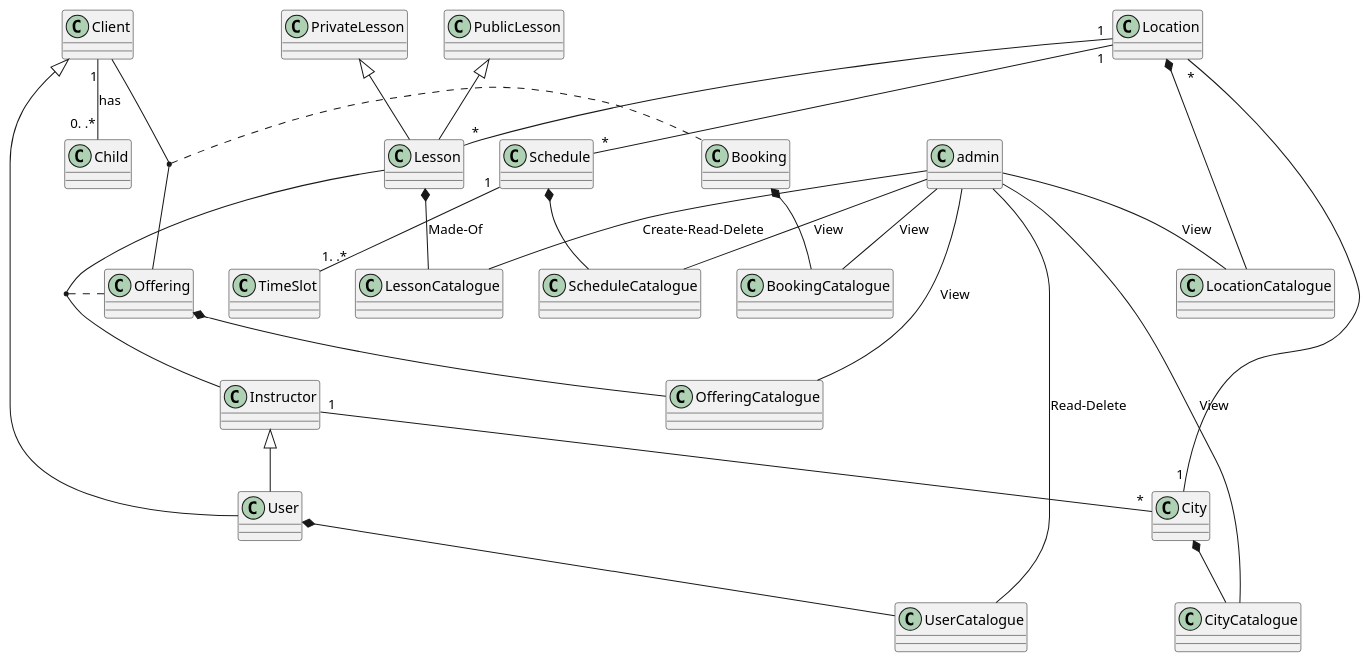
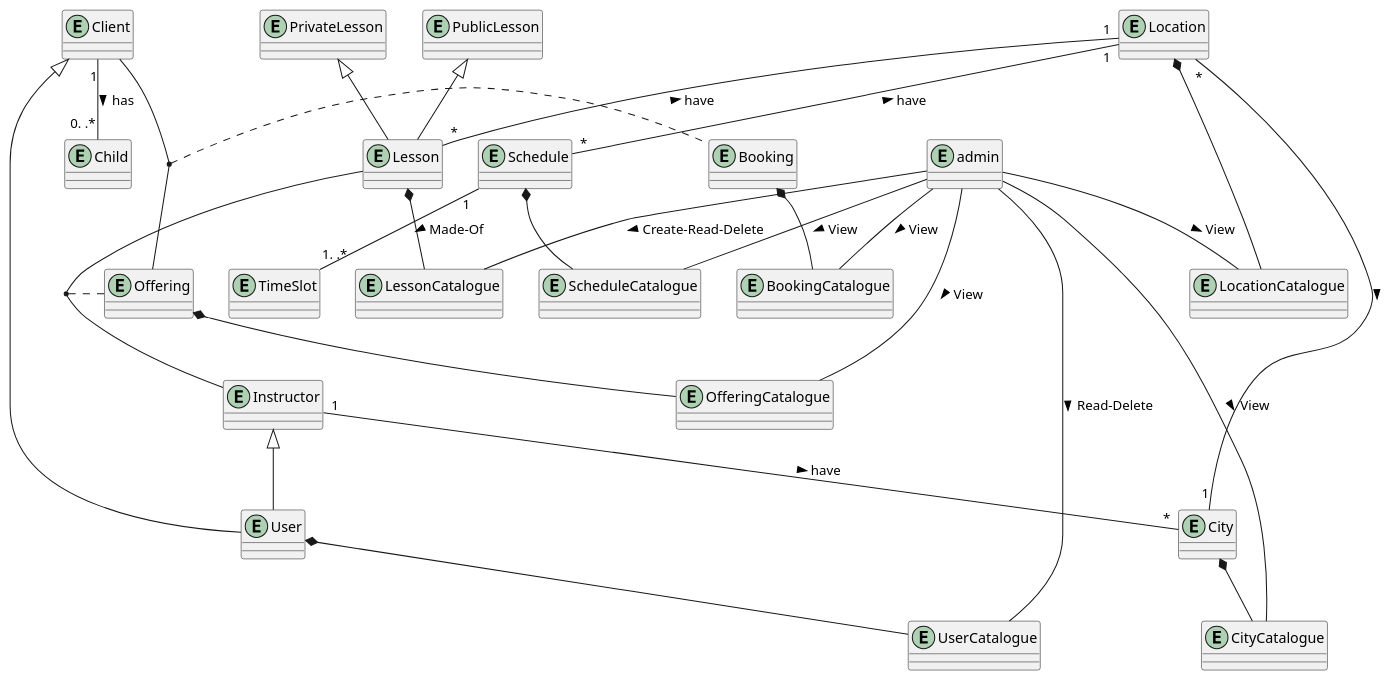
Before and after one commit to adssib/Project342: the diagram in Docs/PlantUML/DomainModel.puml, drawn with PlantUML. The commit also changed 6 other files, not shown here.

```diff
--- a/Docs/PlantUML/DomainModel.puml
+++ b/Docs/PlantUML/DomainModel.puml
@@ -1,64 +1,64 @@
 @startuml
 
 ' Defining Classes
-class User {}
-class Instructor {}
-class Client {}
-class Child {}
-class admin {}
-class Location {}
-class Lesson{}
-class PrivateLesson {}
-class PublicLesson {}
-class Offering {}
-class City {}
-class Booking {}
-class TimeSlot {}
-class Schedule {}
+entity User {}
+entity Instructor {}
+entity Client {}
+entity Child {}
+entity admin {}
+entity Location {}
+entity Lesson{}
+entity PrivateLesson {}
+entity PublicLesson {}
+entity Offering {}
+entity City {}
+entity Booking {}
+entity TimeSlot {}
+entity Schedule {}
 
 ' Defining Catalogues
-class ScheduleCatalogue {}
-class UserCatalogue {}
-class LessonCatalogue {}
-class OfferingCatalogue {}
-class BookingCatalogue {}
-class LocationCatalogue {}
-class CityCatalogue {}
+entity ScheduleCatalogue {}
+entity UserCatalogue {}
+entity LessonCatalogue {}
+entity OfferingCatalogue {}
+entity BookingCatalogue {}
+entity LocationCatalogue {}
+entity CityCatalogue {}
 
 ' Aggregations
 User *-- UserCatalogue
 Schedule *-- ScheduleCatalogue
 Lesson *-- LessonCatalogue
 Offering *-- OfferingCatalogue
 Booking *-- BookingCatalogue
 Location *-- LocationCatalogue
 City *-- CityCatalogue
 
 ' Associations of Admin with the Catalogues
-admin -- UserCatalogue : Read-Delete
-admin -- LessonCatalogue : Create-Read-Delete
-admin -- OfferingCatalogue : View
-admin -- BookingCatalogue : View
-admin -- LocationCatalogue : View
-admin -- CityCatalogue : View
-admin -- ScheduleCatalogue : View
+admin -- UserCatalogue : Read-Delete >
+admin -- LessonCatalogue : Create-Read-Delete >
+admin -- OfferingCatalogue : View >
+admin -- BookingCatalogue : View >
+admin -- LocationCatalogue : View >
+admin -- CityCatalogue : View >
+admin -- ScheduleCatalogue : View >
 
 ' Inheritance
 Client <|-- User
 Instructor <|-- User
 PrivateLesson <|-- Lesson
 PublicLesson <|-- Lesson
 
 ' Multiplicities
-Client "1" -- "0. .*" Child : has
-Schedule "1" -- "1. .*" TimeSlot : Made-Of
-Location "*" -- "1" City
-Location "1" -- "*" Schedule
-Location "1" -- "*" Lesson
-Instructor "1" -- "*" City
+Client "1" -- "0. .*" Child : has >
+Schedule "1" -- "1. .*" TimeSlot : Made-Of >
+Location "*" -- "1" City : >
+Location "1" -- "*" Schedule : have <
+Location "1" -- "*" Lesson: have <
+Instructor "1" -- "*" City: have >
 
 ' Association Class
 (Client, Offering) .. Booking
 (Lesson, Instructor) .. Offering
 
 @enduml
```
